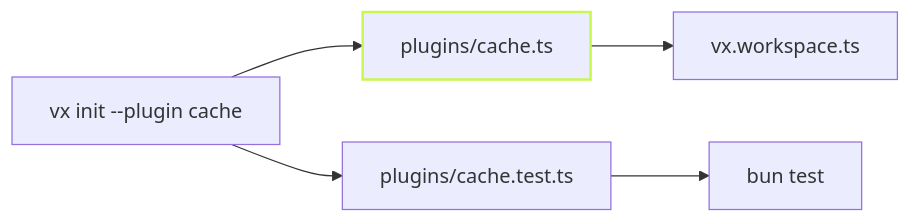
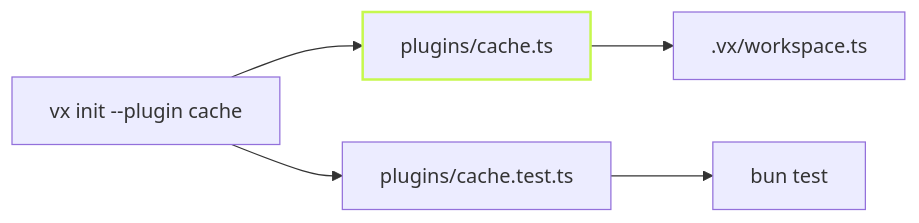
One commit to vznjs/vx changed the diagram in packages/vx-docs/src/content/docs/blog/extend-vx.md. Above: the diagram before and after it, drawn with Mermaid. The commit also changed other lines of this file and 415 other files, not shown here.

````diff
--- a/packages/vx-docs/src/content/docs/blog/extend-vx.md
+++ b/packages/vx-docs/src/content/docs/blog/extend-vx.md
@@ -16,8 +16,8 @@
 ```mermaid
 flowchart LR
   I[vx init --plugin cache] --> P[plugins/cache.ts]
   I --> T[plugins/cache.test.ts]
-  P --> W[vx.workspace.ts]
+  P --> W[.vx/workspace.ts]
   T --> B[bun test]
   style P stroke:#c6f84e,stroke-width:2px
 ```
````
